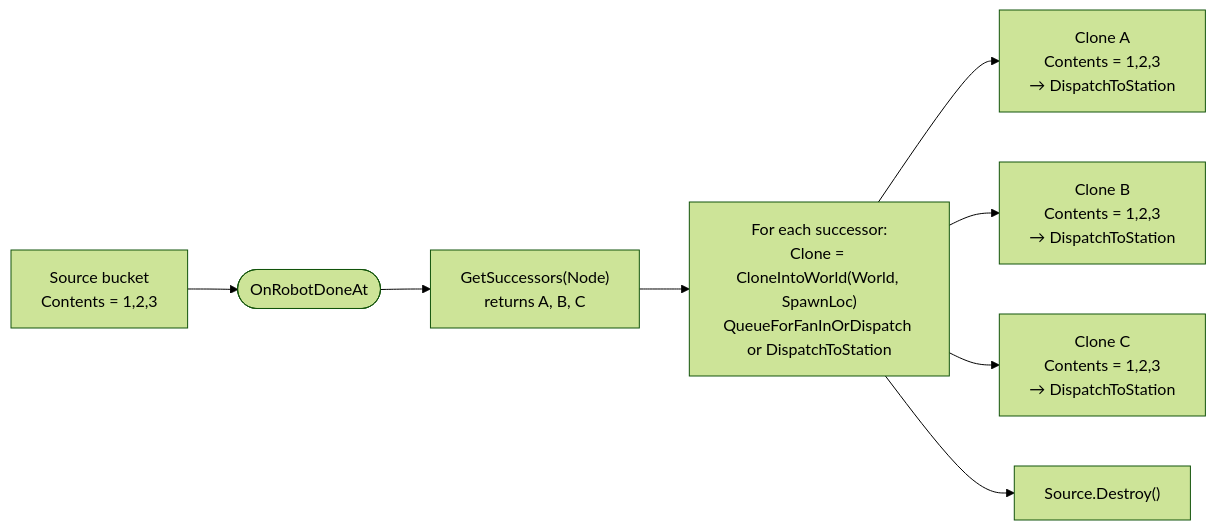
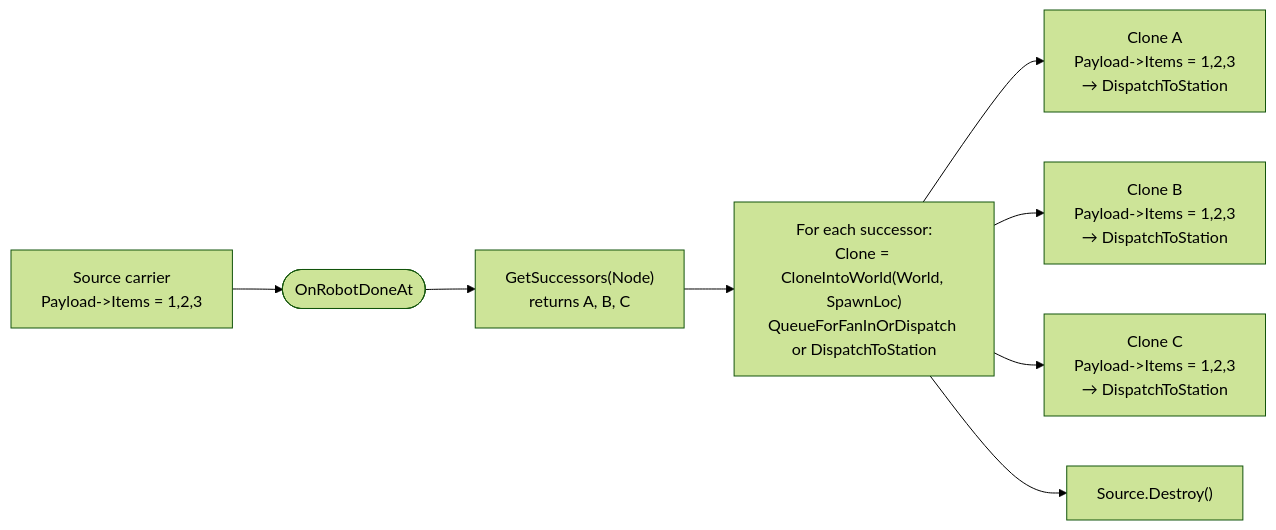
The sixth of 14 diagrams in README.md (eyupgurel/AssemblyLineSimul), drawn with Mermaid (forest theme) before and after one commit. The commit also changed other lines of this file and 2 other files, not shown here.

````diff
--- a/README.md
+++ b/README.md
@@ -596,10 +605,10 @@
 ```mermaid
 flowchart LR
-  Source[Source bucket<br/>Contents = 1,2,3] --> Done([OnRobotDoneAt])
+  Source[Source carrier<br/>Payload->Items = 1,2,3] --> Done([OnRobotDoneAt])
   Done --> Lookup["GetSuccessors(Node)<br/>returns A, B, C"]
   Lookup --> Clone["For each successor:<br/>Clone = CloneIntoWorld(World, SpawnLoc)<br/>QueueForFanInOrDispatch or DispatchToStation"]
-  Clone --> CloneA[Clone A<br/>Contents = 1,2,3<br/>→ DispatchToStation]
-  Clone --> CloneB[Clone B<br/>Contents = 1,2,3<br/>→ DispatchToStation]
-  Clone --> CloneC[Clone C<br/>Contents = 1,2,3<br/>→ DispatchToStation]
+  Clone --> CloneA[Clone A<br/>Payload->Items = 1,2,3<br/>→ DispatchToStation]
+  Clone --> CloneB[Clone B<br/>Payload->Items = 1,2,3<br/>→ DispatchToStation]
+  Clone --> CloneC[Clone C<br/>Payload->Items = 1,2,3<br/>→ DispatchToStation]
   Clone --> Destroy["Source.Destroy()"]
 ```
````
